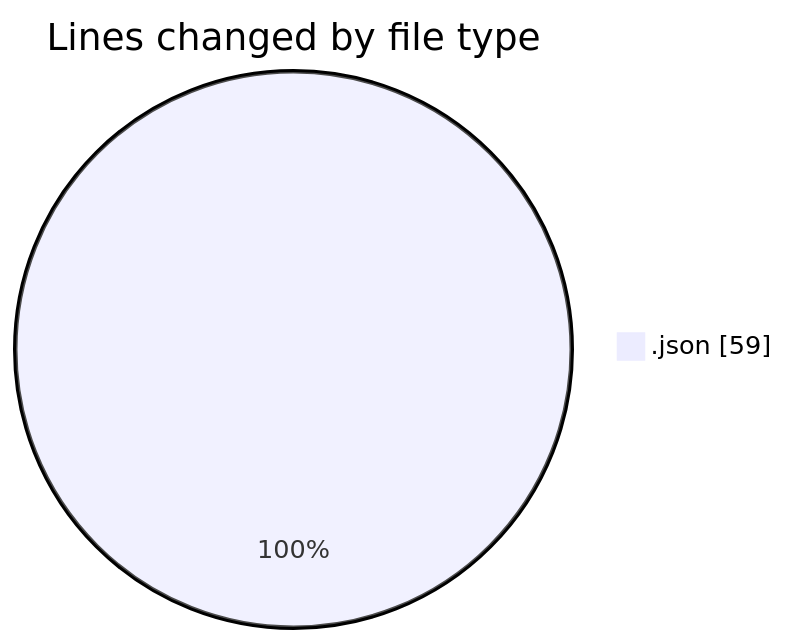
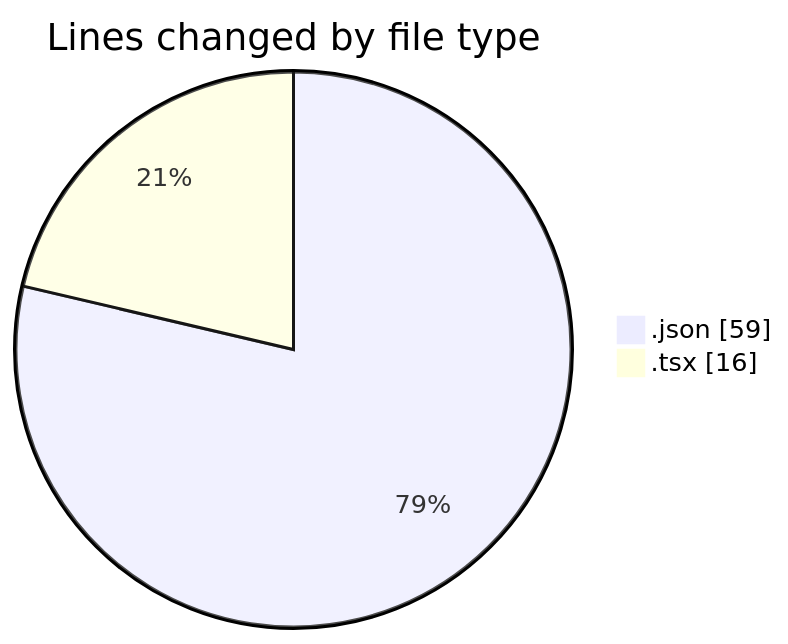
The first of 2 diagrams in 2025-11-19/cda/README.md (momahboobian/code-tracking), drawn with Mermaid before and after one commit. The commit also changed other lines of this file and 1 other file, not shown here.

````diff
--- a/2025-11-19/cda/README.md
+++ b/2025-11-19/cda/README.md
@@ -20,5 +21,6 @@
 ```mermaid
 pie showData
 title Lines changed by file type
 ".json" : 59
+".tsx" : 16
 ```
````
